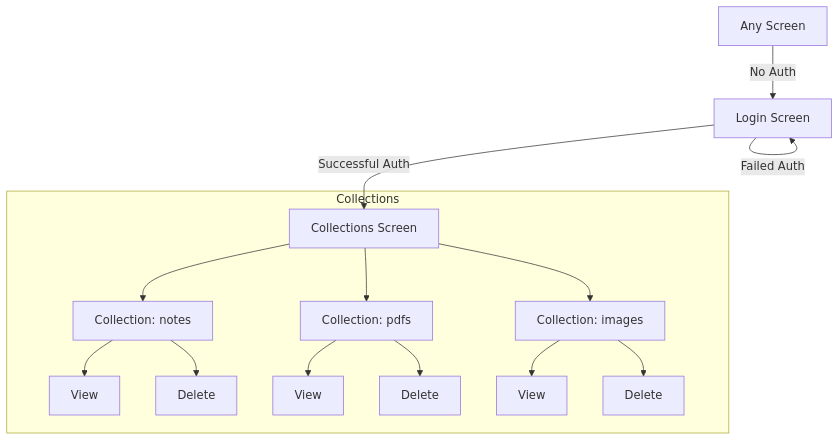
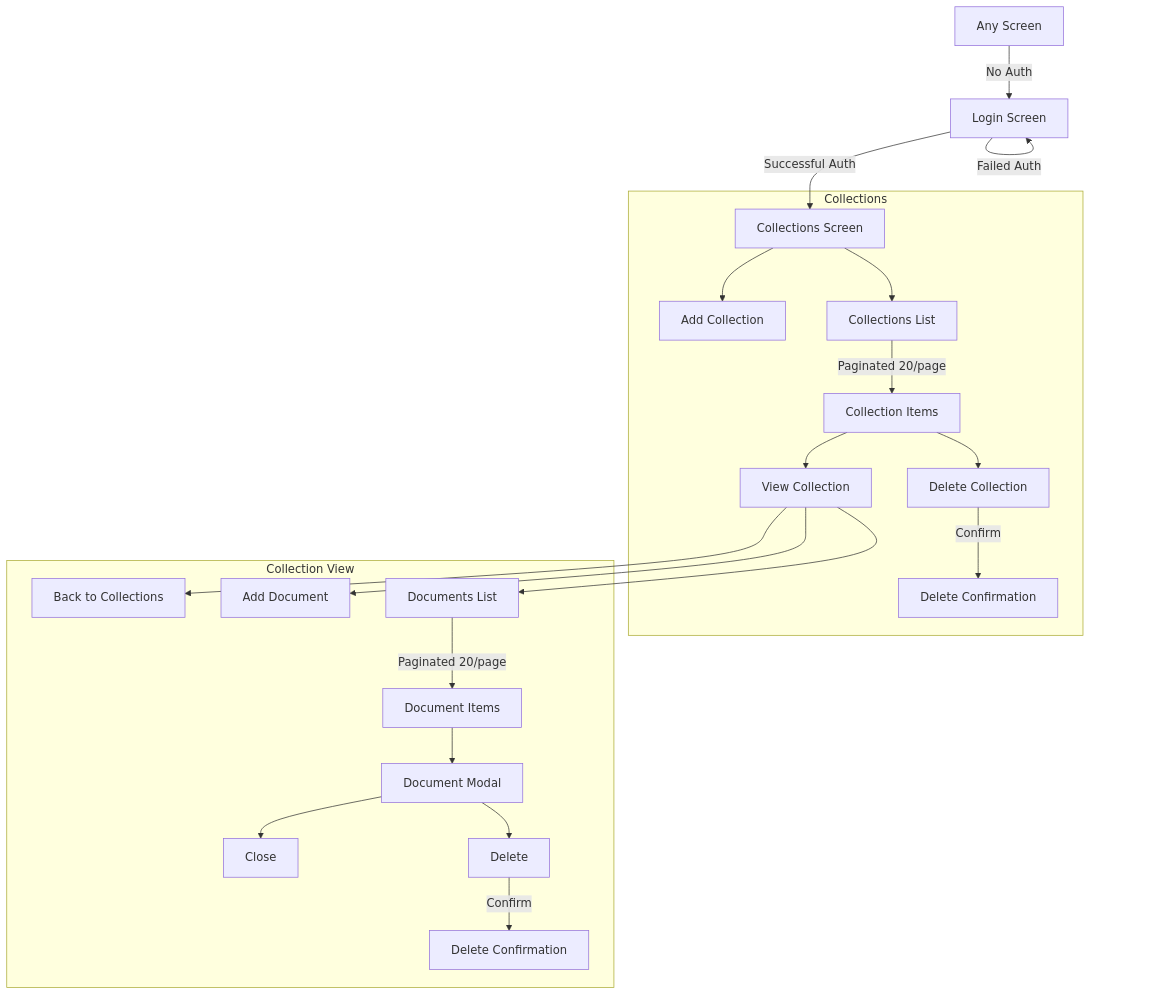
Before and after one commit to timbuchinger/chromadb-ui: the diagram in docs/screens-flow.mmd, drawn with Mermaid. The commit also changed 37 other files, not shown here.

```diff
--- a/docs/screens-flow.mmd
+++ b/docs/screens-flow.mmd
@@ -1,19 +1,33 @@
 graph TD
     %% Login Flow
     A[Login Screen] -->|Successful Auth| B[Collections Screen]
     A -->|Failed Auth| A
 
     %% Authentication Guard
     C[Any Screen] -->|No Auth| A
 
     %% Collections View
     subgraph Collections
-        B --> D[Collection: notes]
-        B --> E[Collection: pdfs]
-        B --> F[Collection: images]
+        B --> BA[Add Collection]
+        B --> BC[Collections List]
+        BC -->|Paginated 20/page| CL[Collection Items]
 
-        %% Action buttons for each collection
-        D --> G1[View] & H1[Delete]
-        E --> G2[View] & H2[Delete]
-        F --> G3[View] & H3[Delete]
+        %% Collection actions
+        CL --> CV[View Collection]
+        CL --> CD[Delete Collection]
+        CD -->|Confirm| CDC[Delete Confirmation]
     end
+
+    %% Collection Detail View
+    subgraph Collection View
+        CV --> BB[Back to Collections]
+        CV --> DA[Add Document]
+        CV --> DL[Documents List]
+        DL -->|Paginated 20/page| DI[Document Items]
+
+        %% Document actions
+        DI --> DM[Document Modal]
+        DM --> DMC[Close]
+        DM --> DMD[Delete]
+        DMD -->|Confirm| DMDC[Delete Confirmation]
+    end
```
